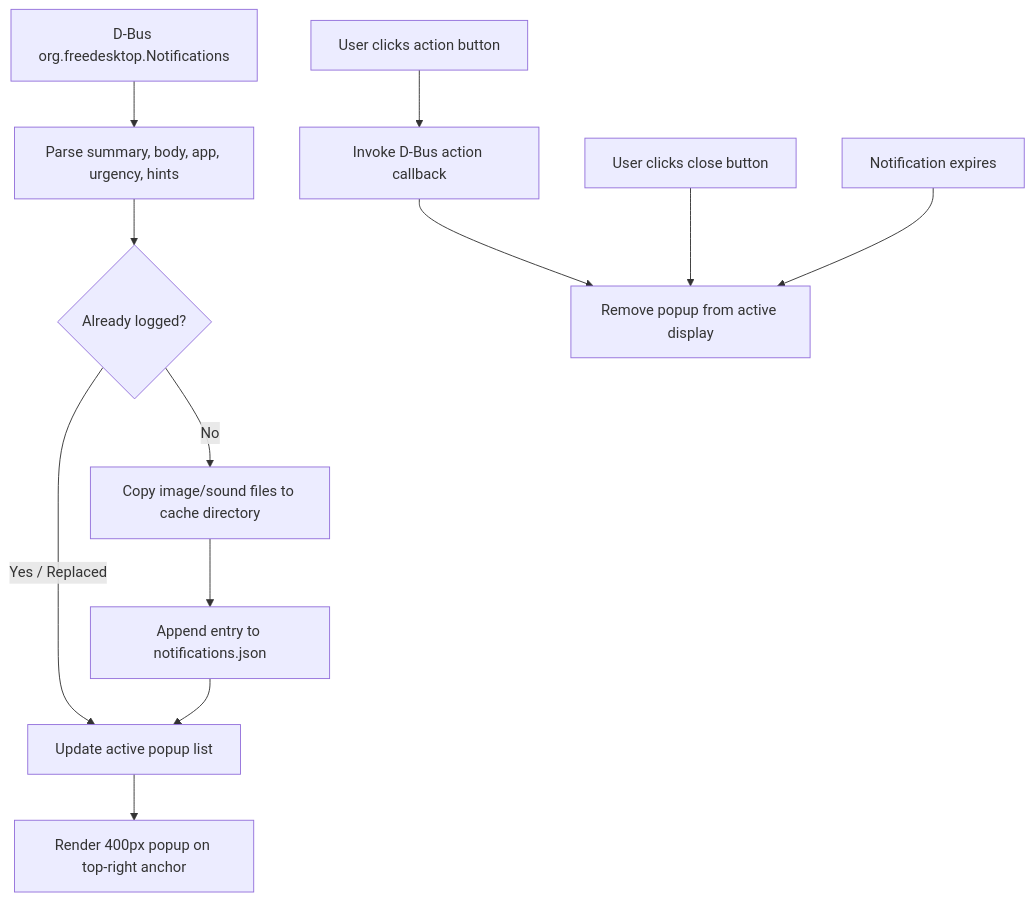
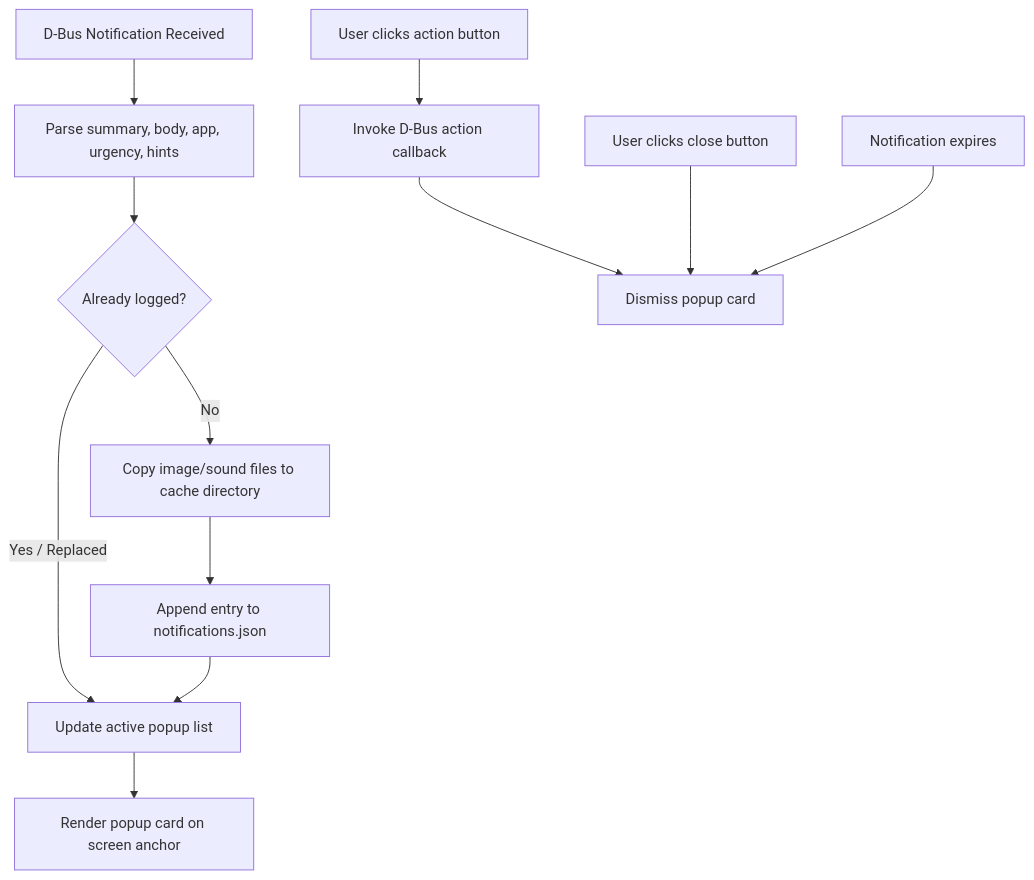
The diagram in documentation/content/feature-record/005-notifications.md (BeyondMagic/wisp), drawn with Mermaid before and after one commit. The commit also changed other lines of this file and 7 other files, not shown here.

````diff
--- a/documentation/content/feature-record/005-notifications.md
+++ b/documentation/content/feature-record/005-notifications.md
@@ -28,15 +26,15 @@
 ```mermaid
 flowchart TD
-    DBusNotif[D-Bus org.freedesktop.Notifications] --> ParseNotif[Parse summary, body, app, urgency, hints]
+    DBusNotif[D-Bus Notification Received] --> ParseNotif[Parse summary, body, app, urgency, hints]
     ParseNotif --> CheckCache{Already logged?}
     CheckCache -->|No| CopyAssets[Copy image/sound files to cache directory]
     CopyAssets --> AppendLog[Append entry to notifications.json]
     CheckCache -->|Yes / Replaced| UpdateActive[Update active popup list]
     AppendLog --> UpdateActive
-    UpdateActive --> RenderPopup[Render 400px popup on top-right anchor]
+    UpdateActive --> RenderPopup[Render popup card on screen anchor]
 
     UserAction[User clicks action button] --> InvokeDBus[Invoke D-Bus action callback]
-    InvokeDBus --> DismissPopup[Remove popup from active display]
+    InvokeDBus --> DismissPopup[Dismiss popup card]
     UserClose[User clicks close button] --> DismissPopup
     Timeout[Notification expires] --> DismissPopup
 ```
````
